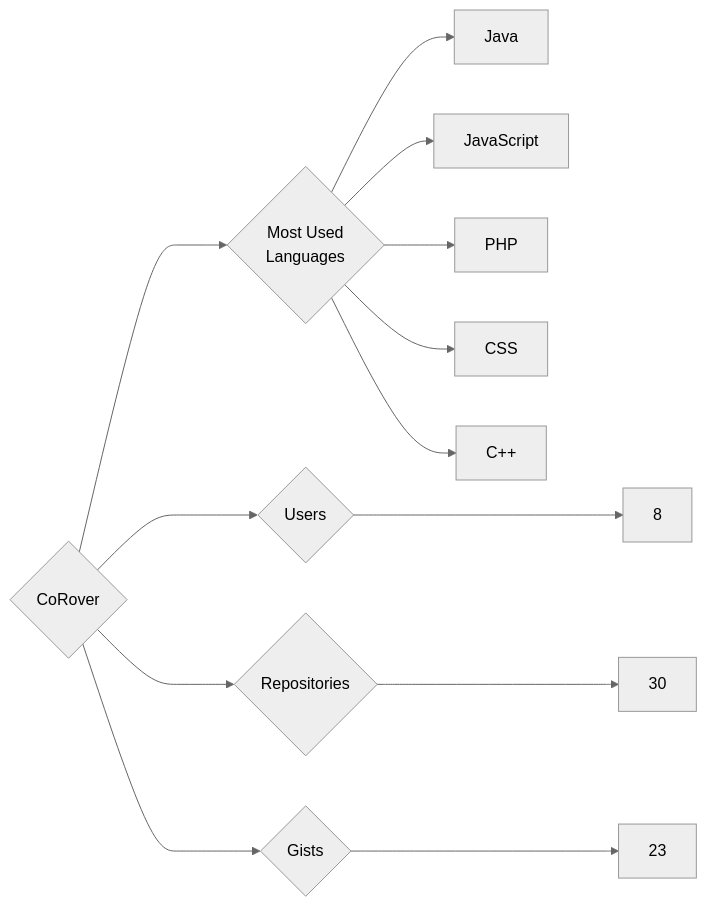
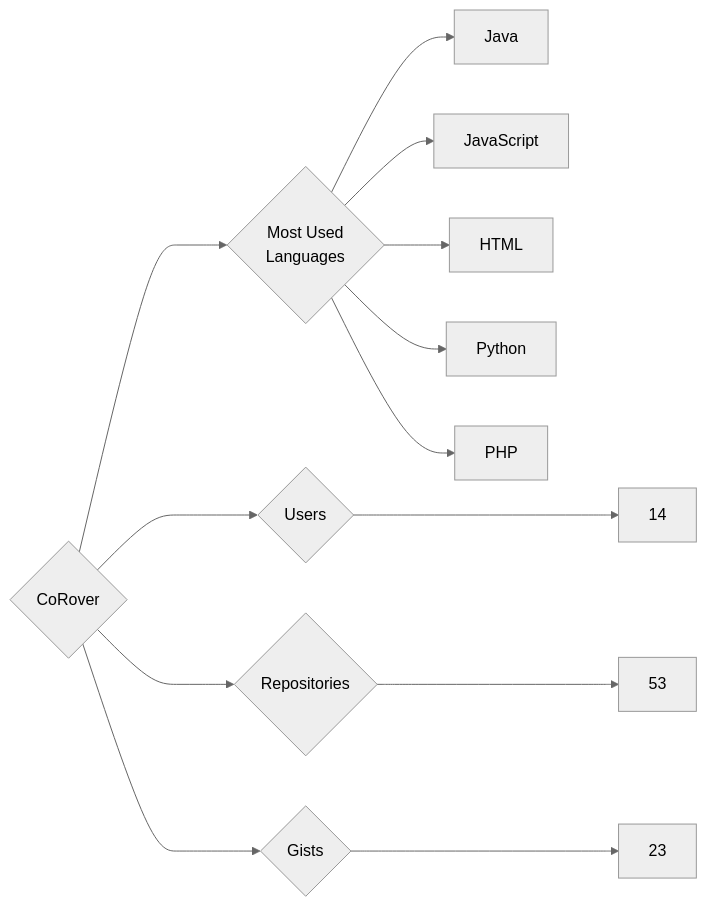
One commit to trickest/insiders changed the diagram in targets/CoRover/README.md. Above: the diagram before and after it, drawn with Mermaid (neutral theme). The commit also changed 1175 other files, not shown here.

````diff
--- a/targets/CoRover/README.md
+++ b/targets/CoRover/README.md
@@ -3,13 +3,13 @@
 ```mermaid
 graph LR
 COMPANY_NAME{CoRover}
-COMPANY_NAME ---> U{Users} ---> UN[8]
-COMPANY_NAME ---> R{Repositories} ---> RN[30]
+COMPANY_NAME ---> U{Users} ---> UN[14]
+COMPANY_NAME ---> R{Repositories} ---> RN[53]
 COMPANY_NAME ---> G{Gists} ---> GN[23]
 COMPANY_NAME ---> ML{Most Used<br>Languages}
 ML --> Java[Java]
 ML --> JavaScript[JavaScript]
+ML --> HTML[HTML]
+ML --> Python[Python]
 ML --> PHP[PHP]
-ML --> CSS[CSS]
-ML --> C++[C++]
 ```
````
